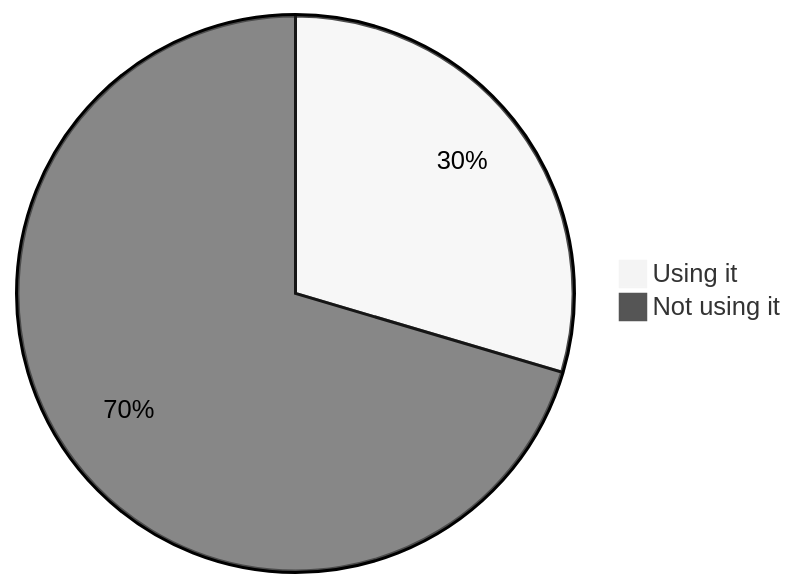
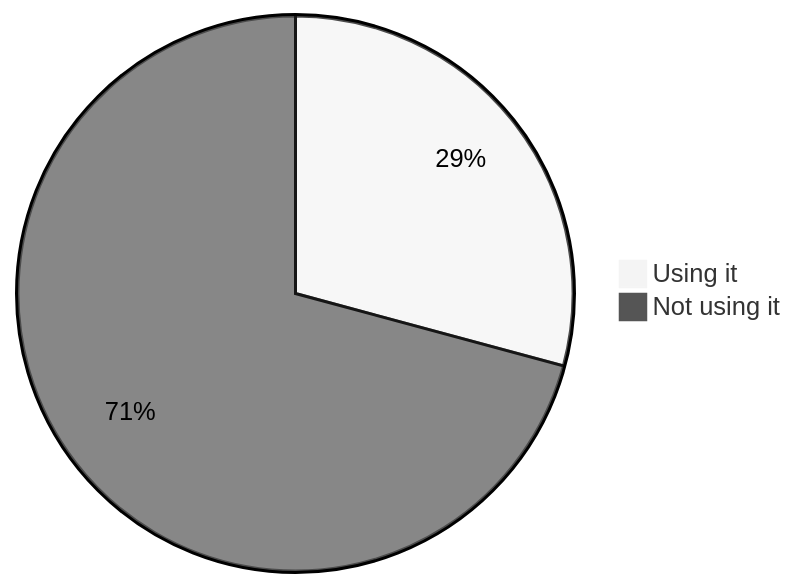
Diagram 14 of 22 in stats.md (oshp/oshp-stats), drawn with Mermaid (neutral theme) before and after one commit. The commit also changed other lines of this file, not shown here.

````diff
--- a/stats.md
+++ b/stats.md
@@ -166,6 +166,6 @@
 ```mermaid
 pie
-	"Using it" : 29.57
-	"Not using it" : 70.43
+	"Using it" : 29.2
+	"Not using it" : 70.8
 
 ```
````
